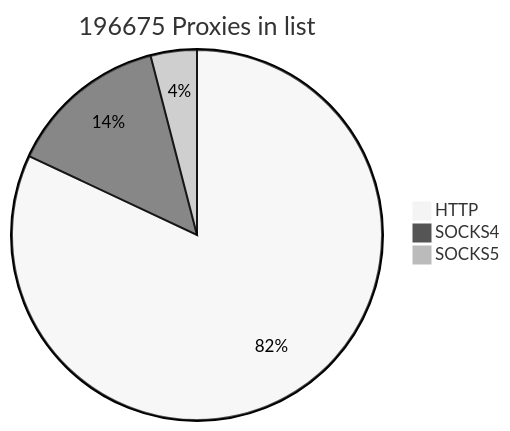
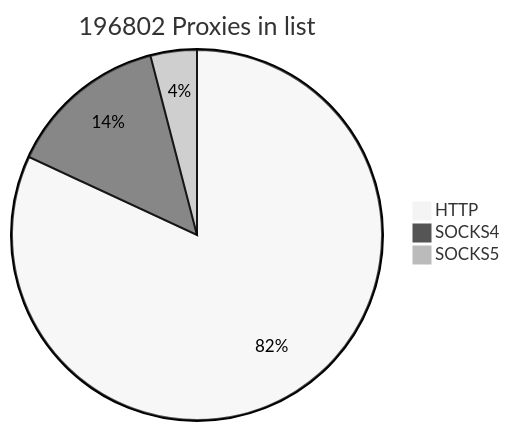
One commit to cutipu/proxylist changed the first of 2 diagrams in README.md. Above: the diagram before and after it, drawn with Mermaid (neutral theme). The commit also changed other lines of this file, not shown here.

````diff
--- a/README.md
+++ b/README.md
@@ -2,7 +2,7 @@
 ```mermaid
-pie title 196675 Proxies in list
-    "HTTP" : 161263
-    "SOCKS4" : 27481
-    "SOCKS5" : 7931
+pie title 196802 Proxies in list
+    "HTTP" : 161235
+    "SOCKS4" : 27608
+    "SOCKS5" : 7959
             
 ```
````
